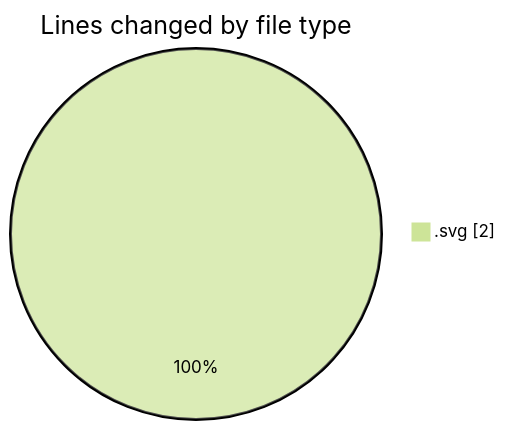
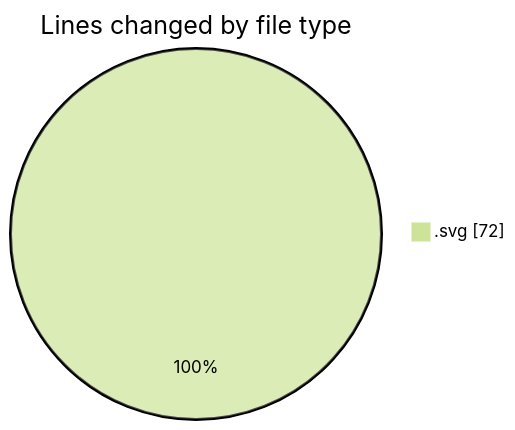
Before and after one commit to EIIisD/code-tracking: the first of 2 diagrams in 2025-08-06/tw-server/README.md, drawn with Mermaid (forest theme). The commit also changed other lines of this file and 1 other file, not shown here.

````diff
--- a/2025-08-06/tw-server/README.md
+++ b/2025-08-06/tw-server/README.md
@@ -20,5 +20,5 @@
 ```mermaid
 pie showData
 title Lines changed by file type
-".svg" : 2
+".svg" : 72
 ```
````
